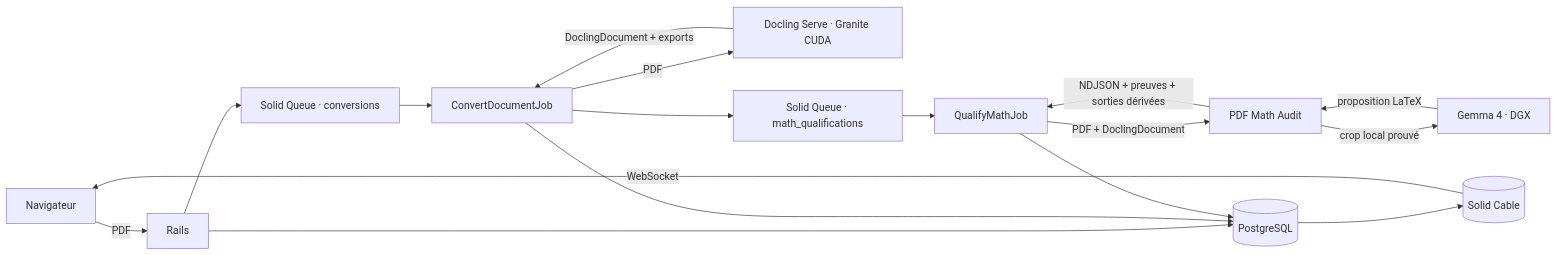
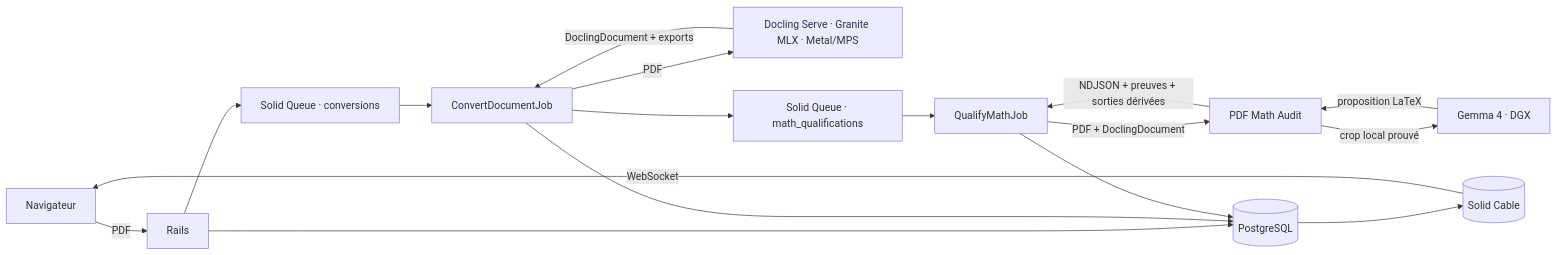
Before and after one commit to toba75/chatbot_trading: the diagram in PROCESS.md, drawn with Mermaid. The commit also changed other lines of this file and 11 other files, not shown here.

Commit message:
feat: ajouter Docling Serve natif sur Metal/MPS

````diff
--- a/PROCESS.md
+++ b/PROCESS.md
@@ -6,19 +7,19 @@
 ```mermaid
 flowchart LR
     U["Navigateur"] -->|"PDF"| R["Rails"]
     R --> P[("PostgreSQL")]
     R --> CQ["Solid Queue · conversions"]
     CQ --> C["ConvertDocumentJob"]
-    C -->|"PDF"| D["Docling Serve · Granite CUDA"]
+    C -->|"PDF"| D["Docling Serve · Granite MLX · Metal/MPS"]
     D -->|"DoclingDocument + exports"| C
     C --> P
     C --> MQ["Solid Queue · math_qualifications"]
     MQ --> M["QualifyMathJob"]
     M -->|"PDF + DoclingDocument"| A["PDF Math Audit"]
     A -->|"crop local prouvé"| G["Gemma 4 · DGX"]
     G -->|"proposition LaTeX"| A
     A -->|"NDJSON + preuves + sorties dérivées"| M
     M --> P
     P --> SC[("Solid Cable")]
     SC -->|"WebSocket"| U
 ```
````
